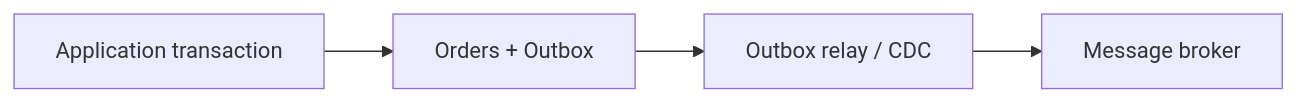
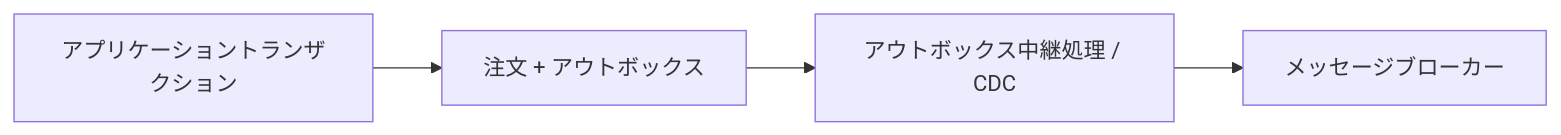
One commit to hirunebot/database-systems-book changed the sixth of 7 diagrams in src/content/docs/05-distributed-db/16-distributed-transactions.md. Above: the diagram before and after it, drawn with Mermaid. The commit also changed other lines of this file and 42 other files, not shown here.

````diff
--- a/src/content/docs/05-distributed-db/16-distributed-transactions.md
+++ b/src/content/docs/05-distributed-db/16-distributed-transactions.md
@@ -319,6 +319,6 @@
 ```mermaid
 flowchart LR
-    App["Application transaction"] --> DB["Orders + Outbox"]
-    DB --> Relay["Outbox relay / CDC"]
-    Relay --> Broker["Message broker"]
+    App["アプリケーショントランザクション"] --> DB["注文 + アウトボックス"]
+    DB --> Relay["アウトボックス中継処理 / CDC"]
+    Relay --> Broker["メッセージブローカー"]
 ```
````
